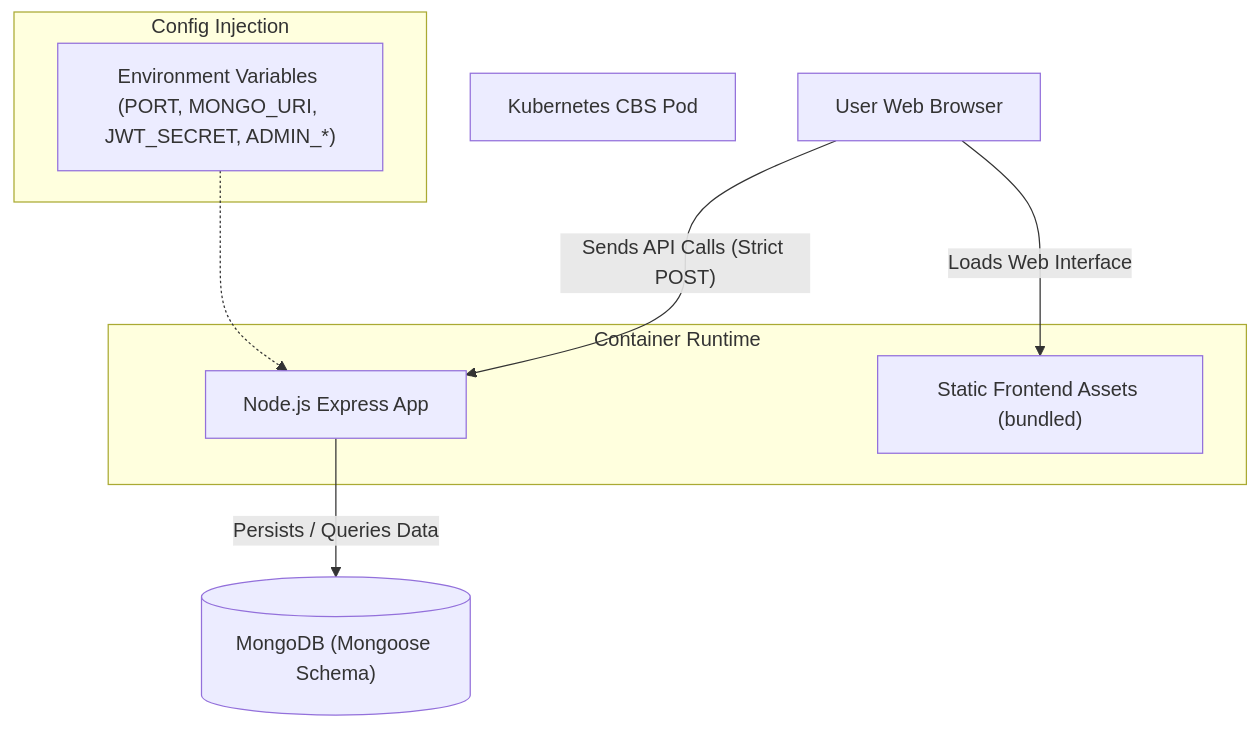
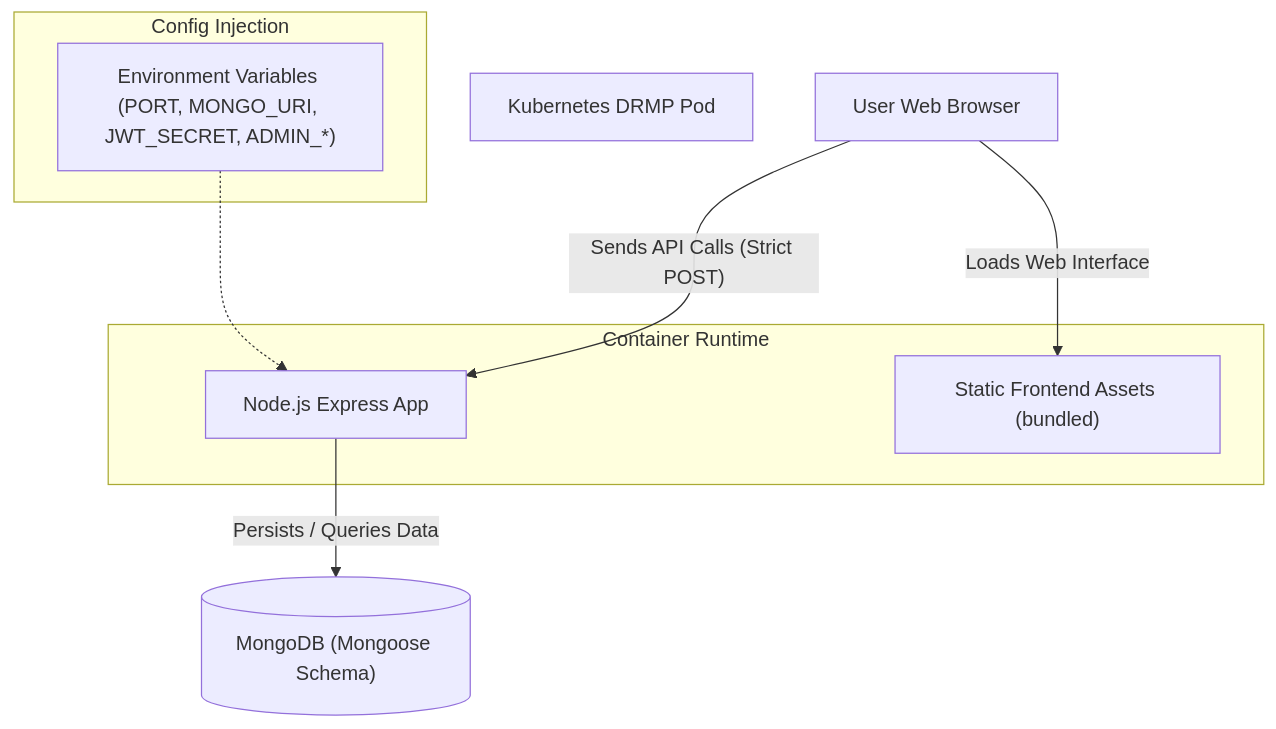
Before and after one commit to PandaVerse09/uppcl-consolidated-bill-reporting-system: the third of 9 diagrams in README.md, drawn with Mermaid. The commit also changed other lines of this file and 1 other file, not shown here.

````diff
--- a/README.md
+++ b/README.md
@@ -163,21 +165,21 @@
 ```mermaid
 flowchart TB
   Browser["User Web Browser"]
-  K8sPod["Kubernetes CBS Pod"]
+  K8sPod["Kubernetes DRMP Pod"]
   
   subgraph "Container Runtime"
     BE["Node.js Express App"]
     FE["Static Frontend Assets (bundled)"]
   end
   
   DB[("MongoDB (Mongoose Schema)")]
   
   Browser -- "Loads Web Interface" --> FE
   Browser -- "Sends API Calls (Strict POST)" --> BE
   BE -- "Persists / Queries Data" --> DB
   
   subgraph "Config Injection"
     ENV["Environment Variables (PORT, MONGO_URI, JWT_SECRET, ADMIN_*)"]
   end
   ENV -.-> BE
 ```
````
